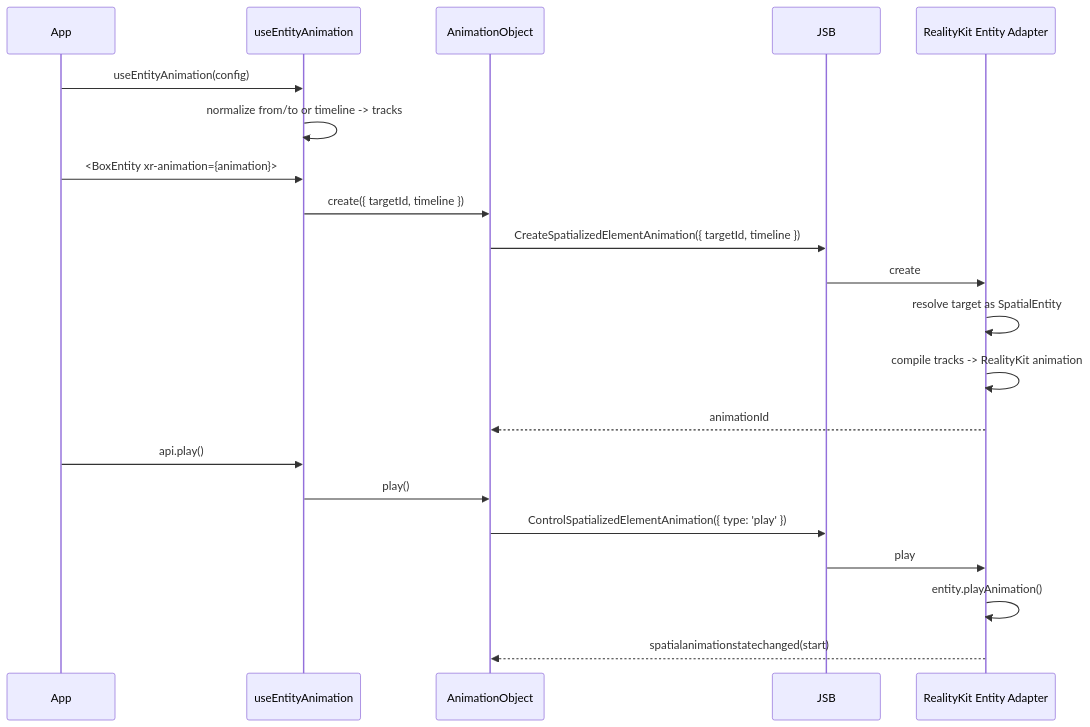
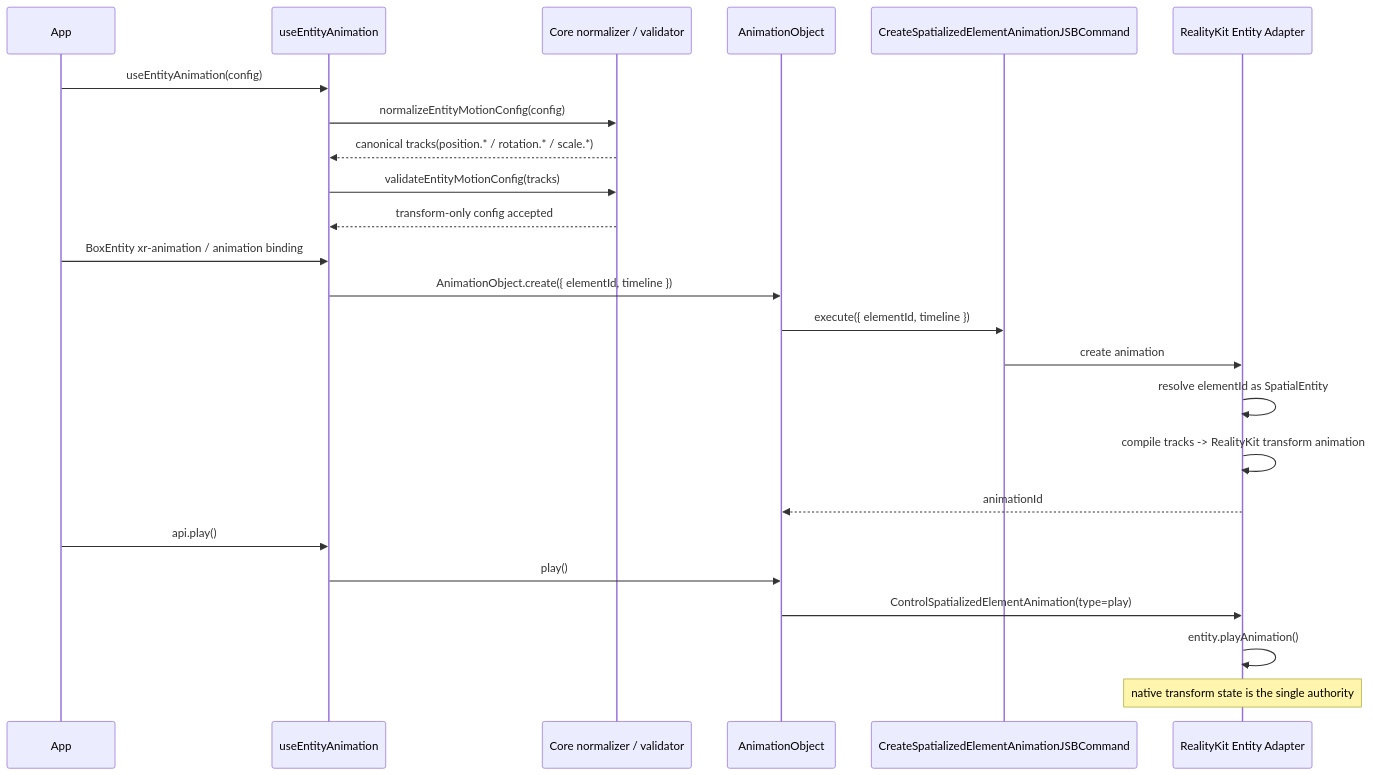
Before and after one commit to webspatial/webspatial-sdk: the first of 5 diagrams in openspec/changes/redesign-entity-motion-api/design.md, drawn with Mermaid. The commit also changed other lines of this file and 1 other file, not shown here.

Commit message:
udpate elementid in JSB spec

````diff
--- a/openspec/changes/redesign-entity-motion-api/design.md
+++ b/openspec/changes/redesign-entity-motion-api/design.md
@@ -376,24 +194,27 @@
 ```mermaid
 sequenceDiagram
     participant App
     participant Hook as useEntityAnimation
+    participant Core as Core normalizer / validator
     participant Obj as AnimationObject
-    participant JSB
+    participant JSB as CreateSpatializedElementAnimationJSBCommand
     participant Native as RealityKit Entity Adapter
 
     App->>Hook: useEntityAnimation(config)
-    Hook->>Hook: normalize from/to or timeline -> tracks
-    App->>Hook: <BoxEntity xr-animation={animation}>
-    Hook->>Obj: create({ targetId, timeline })
-    Obj->>JSB: CreateSpatializedElementAnimation({ targetId, timeline })
-    JSB->>Native: create
-    Native->>Native: resolve target as SpatialEntity
-    Native->>Native: compile tracks -> RealityKit animation
+    Hook->>Core: normalizeEntityMotionConfig(config)
+    Core-->>Hook: canonical tracks(position.* / rotation.* / scale.*)
+    Hook->>Core: validateEntityMotionConfig(tracks)
+    Core-->>Hook: transform-only config accepted
+    App->>Hook: BoxEntity xr-animation / animation binding
+    Hook->>Obj: AnimationObject.create({ elementId, timeline })
+    Obj->>JSB: execute({ elementId, timeline })
+    JSB->>Native: create animation
+    Native->>Native: resolve elementId as SpatialEntity
+    Native->>Native: compile tracks -> RealityKit transform animation
     Native-->>Obj: animationId
     App->>Hook: api.play()
     Hook->>Obj: play()
-    Obj->>JSB: ControlSpatializedElementAnimation({ type: 'play' })
-    JSB->>Native: play
+    Obj->>Native: ControlSpatializedElementAnimation(type=play)
     Native->>Native: entity.playAnimation()
-    Native-->>Obj: spatialanimationstatechanged(start)
+    Note over Native: native transform state is the single authority
 ```
````
